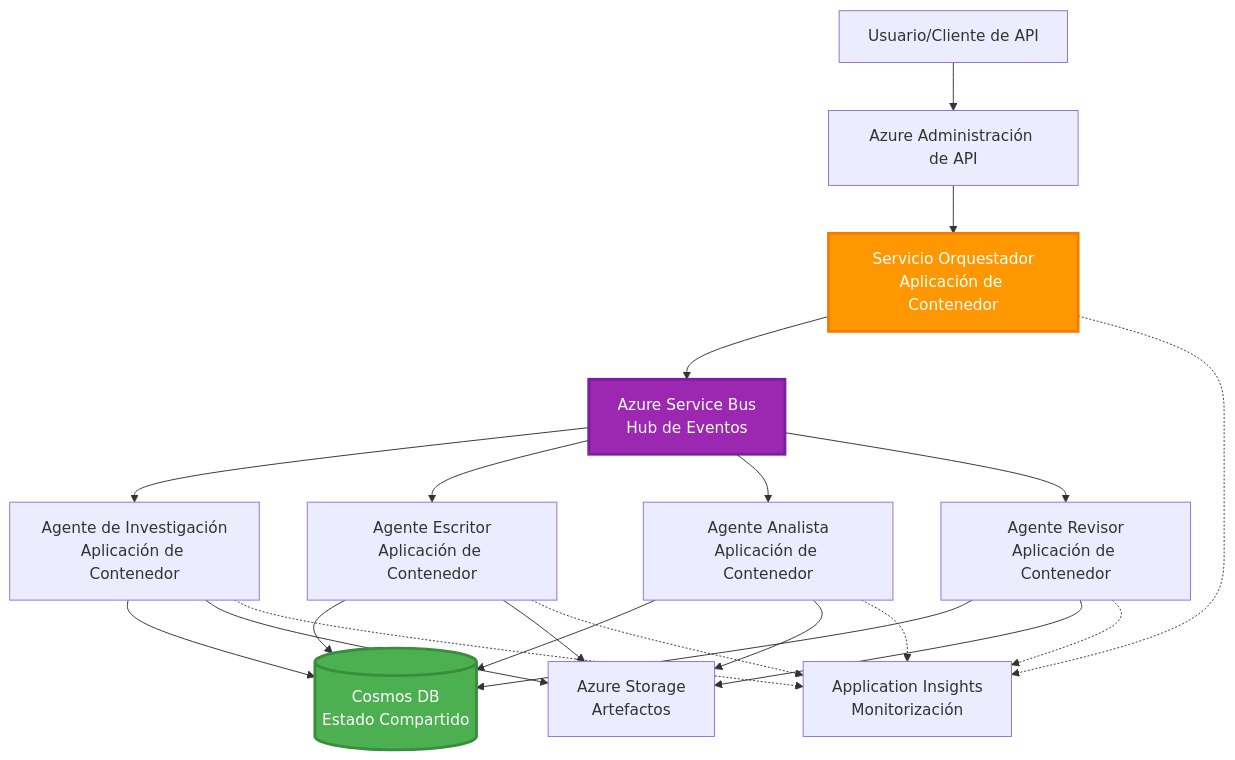
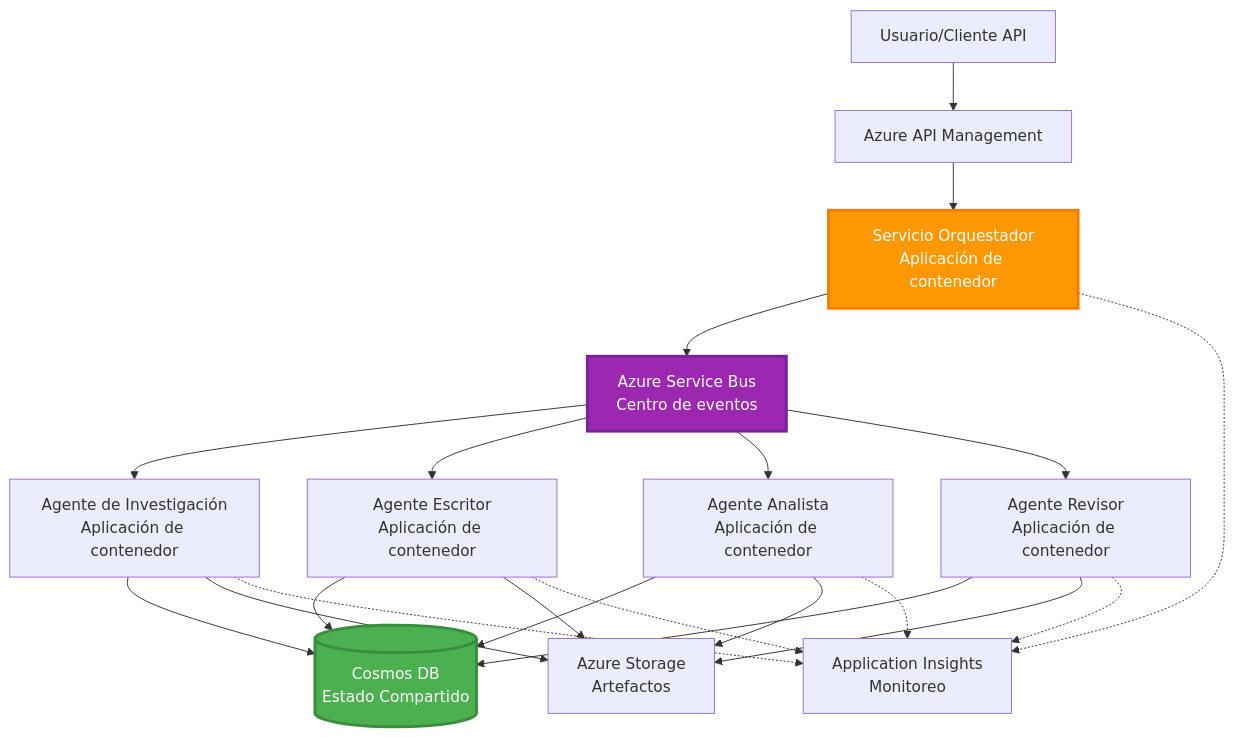
The sixth of 6 diagrams in translations/es/docs/chapter-06-pre-deployment/coordination-patterns.md (microsoft/AZD-for-beginners), drawn with Mermaid before and after one commit. The commit also changed other lines of this file and 101 other files, not shown here.

````diff
--- a/translations/es/docs/chapter-06-pre-deployment/coordination-patterns.md
+++ b/translations/es/docs/chapter-06-pre-deployment/coordination-patterns.md
@@ -271,45 +265,45 @@
 ```mermaid
 graph TB
-    User[Usuario/Cliente de API]
-    APIM[Azure Administración de API]
-    Orchestrator[Servicio Orquestador<br/>Aplicación de Contenedor]
-    ServiceBus[Azure Service Bus<br/>Hub de Eventos]
+    User[Usuario/Cliente API]
+    APIM[Azure API Management]
+    Orchestrator[Servicio Orquestador<br/>Aplicación de contenedor]
+    ServiceBus[Azure Service Bus<br/>Centro de eventos]
     
-    Agent1[Agente de Investigación<br/>Aplicación de Contenedor]
-    Agent2[Agente Escritor<br/>Aplicación de Contenedor]
-    Agent3[Agente Analista<br/>Aplicación de Contenedor]
-    Agent4[Agente Revisor<br/>Aplicación de Contenedor]
+    Agent1[Agente de Investigación<br/>Aplicación de contenedor]
+    Agent2[Agente Escritor<br/>Aplicación de contenedor]
+    Agent3[Agente Analista<br/>Aplicación de contenedor]
+    Agent4[Agente Revisor<br/>Aplicación de contenedor]
     
     CosmosDB[(Cosmos DB<br/>Estado Compartido)]
     Storage[Azure Storage<br/>Artefactos]
-    AppInsights[Application Insights<br/>Monitorización]
+    AppInsights[Application Insights<br/>Monitoreo]
     
     User --> APIM
     APIM --> Orchestrator
     
     Orchestrator --> ServiceBus
     ServiceBus --> Agent1
     ServiceBus --> Agent2
     ServiceBus --> Agent3
     ServiceBus --> Agent4
     
     Agent1 --> CosmosDB
     Agent2 --> CosmosDB
     Agent3 --> CosmosDB
     Agent4 --> CosmosDB
     
     Agent1 --> Storage
     Agent2 --> Storage
     Agent3 --> Storage
     Agent4 --> Storage
     
     Orchestrator -.-> AppInsights
     Agent1 -.-> AppInsights
     Agent2 -.-> AppInsights
     Agent3 -.-> AppInsights
     Agent4 -.-> AppInsights
     
     style Orchestrator fill:#FF9800,stroke:#F57C00,stroke-width:3px,color:#fff
     style ServiceBus fill:#9C27B0,stroke:#7B1FA2,stroke-width:3px,color:#fff
     style CosmosDB fill:#4CAF50,stroke:#388E3C,stroke-width:3px,color:#fff
 ```
````
